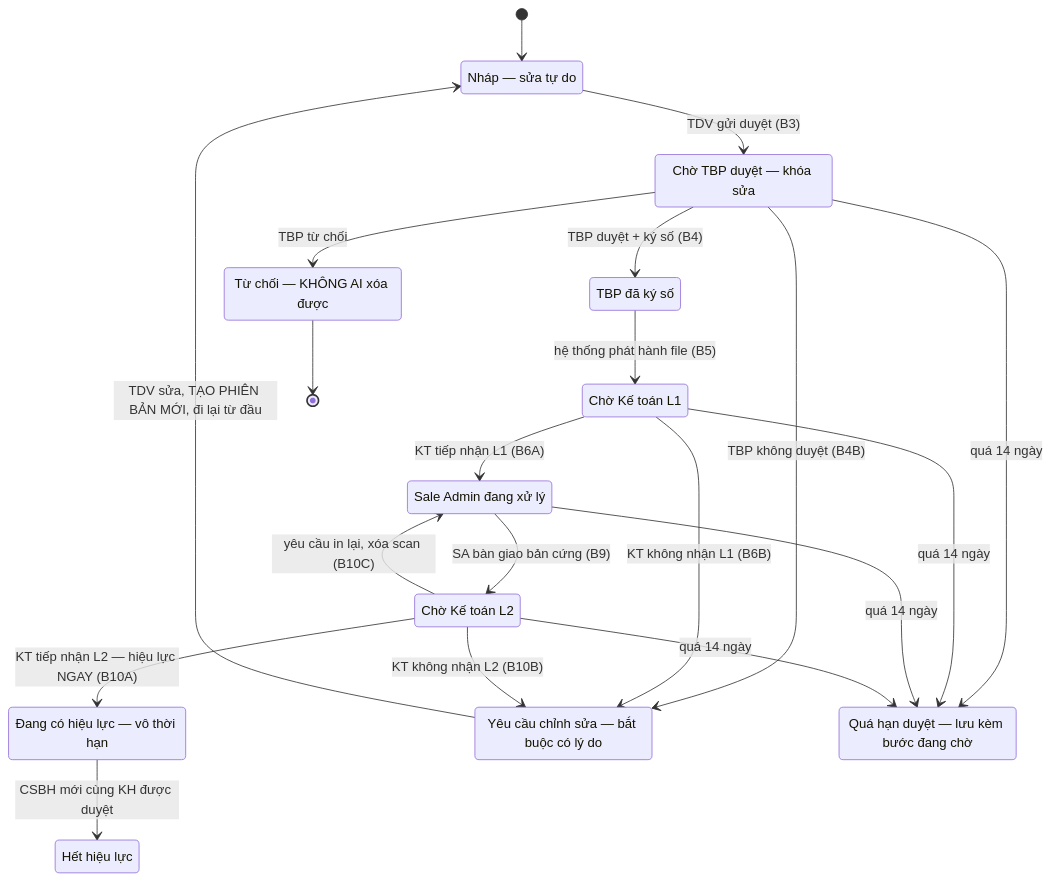
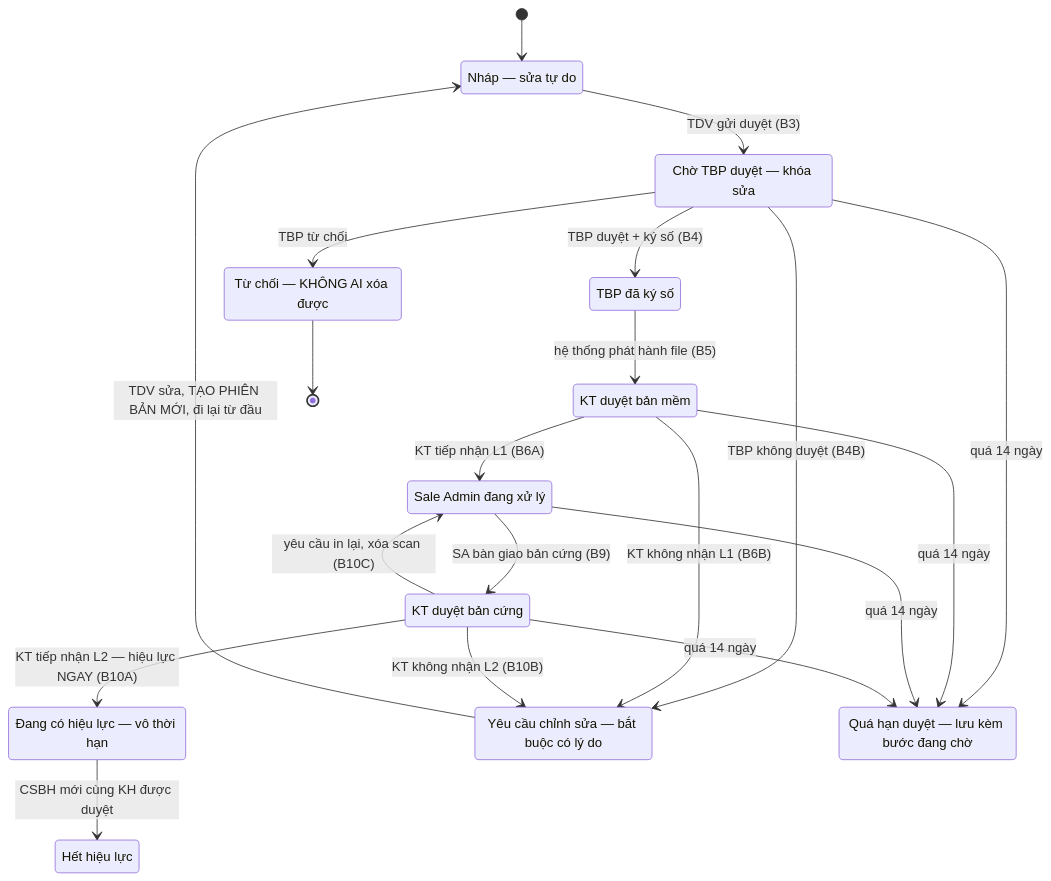
One commit to hieuhv94/sale-policy-tools changed the third of 5 diagrams in agents/KIEN-TRUC-CSBH.md. Above: the diagram before and after it, drawn with Mermaid. The commit also changed other lines of this file and 28 other files, not shown here.

````diff
--- a/agents/KIEN-TRUC-CSBH.md
+++ b/agents/KIEN-TRUC-CSBH.md
@@ -431,33 +431,33 @@
 ```mermaid
 stateDiagram-v2
   [*] --> Nhap
   Nhap: Nháp — sửa tự do
   ChoTBP: Chờ TBP duyệt — khóa sửa
   DaKy: TBP đã ký số
-  ChoL1: Chờ Kế toán L1
+  ChoL1: KT duyệt bản mềm
   SAXuLy: Sale Admin đang xử lý
-  ChoL2: Chờ Kế toán L2
+  ChoL2: KT duyệt bản cứng
   HieuLuc: Đang có hiệu lực — vô thời hạn
   HetHieuLuc: Hết hiệu lực
   YeuCauSua: Yêu cầu chỉnh sửa — bắt buộc có lý do
   TuChoi: Từ chối — KHÔNG AI xóa được
   QuaHan: Quá hạn duyệt — lưu kèm bước đang chờ
   Nhap --> ChoTBP: TDV gửi duyệt (B3)
   ChoTBP --> DaKy: TBP duyệt + ký số (B4)
   DaKy --> ChoL1: hệ thống phát hành file (B5)
   ChoL1 --> SAXuLy: KT tiếp nhận L1 (B6A)
   SAXuLy --> ChoL2: SA bàn giao bản cứng (B9)
   ChoL2 --> HieuLuc: KT tiếp nhận L2 — hiệu lực NGAY (B10A)
   HieuLuc --> HetHieuLuc: CSBH mới cùng KH được duyệt
   ChoTBP --> TuChoi: TBP từ chối
   TuChoi --> [*]
   ChoTBP --> YeuCauSua: TBP không duyệt (B4B)
   ChoL1 --> YeuCauSua: KT không nhận L1 (B6B)
   ChoL2 --> YeuCauSua: KT không nhận L2 (B10B)
   ChoL2 --> SAXuLy: yêu cầu in lại, xóa scan (B10C)
   YeuCauSua --> Nhap: TDV sửa, TẠO PHIÊN BẢN MỚI, đi lại từ đầu
   ChoTBP --> QuaHan: quá 14 ngày
   ChoL1 --> QuaHan: quá 14 ngày
   SAXuLy --> QuaHan: quá 14 ngày
   ChoL2 --> QuaHan: quá 14 ngày
 ```
````
